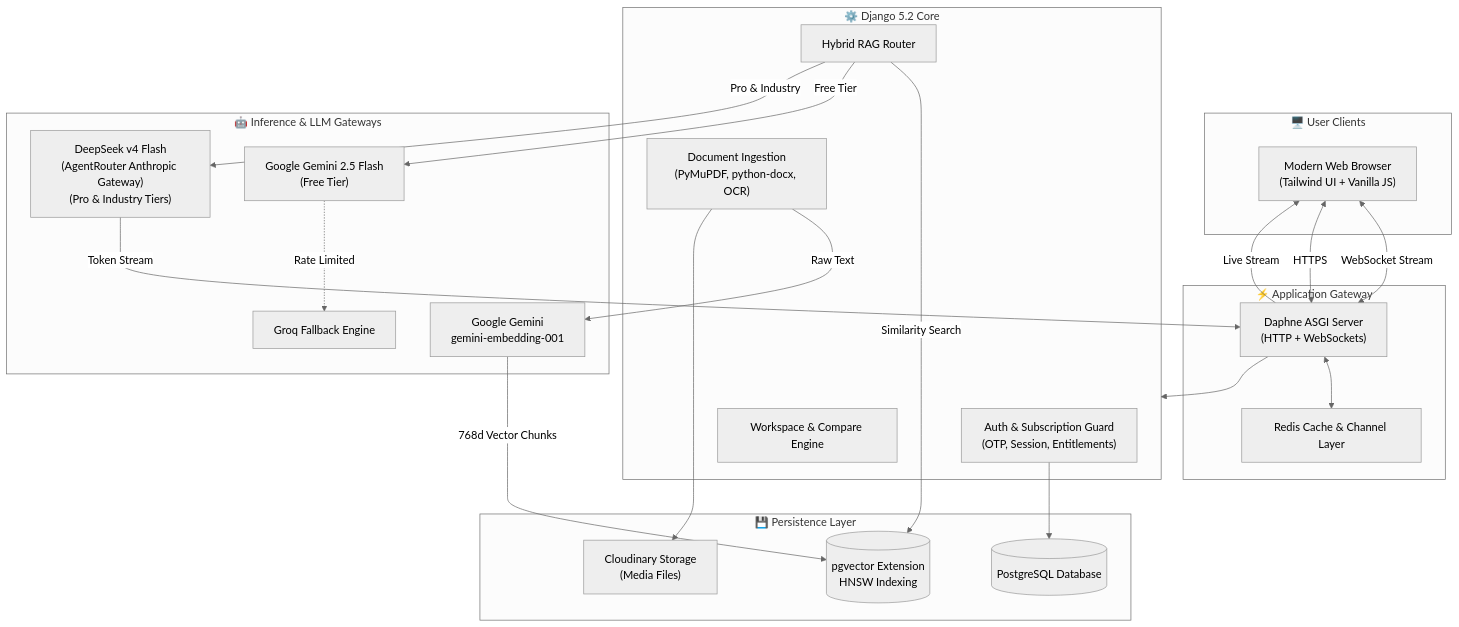
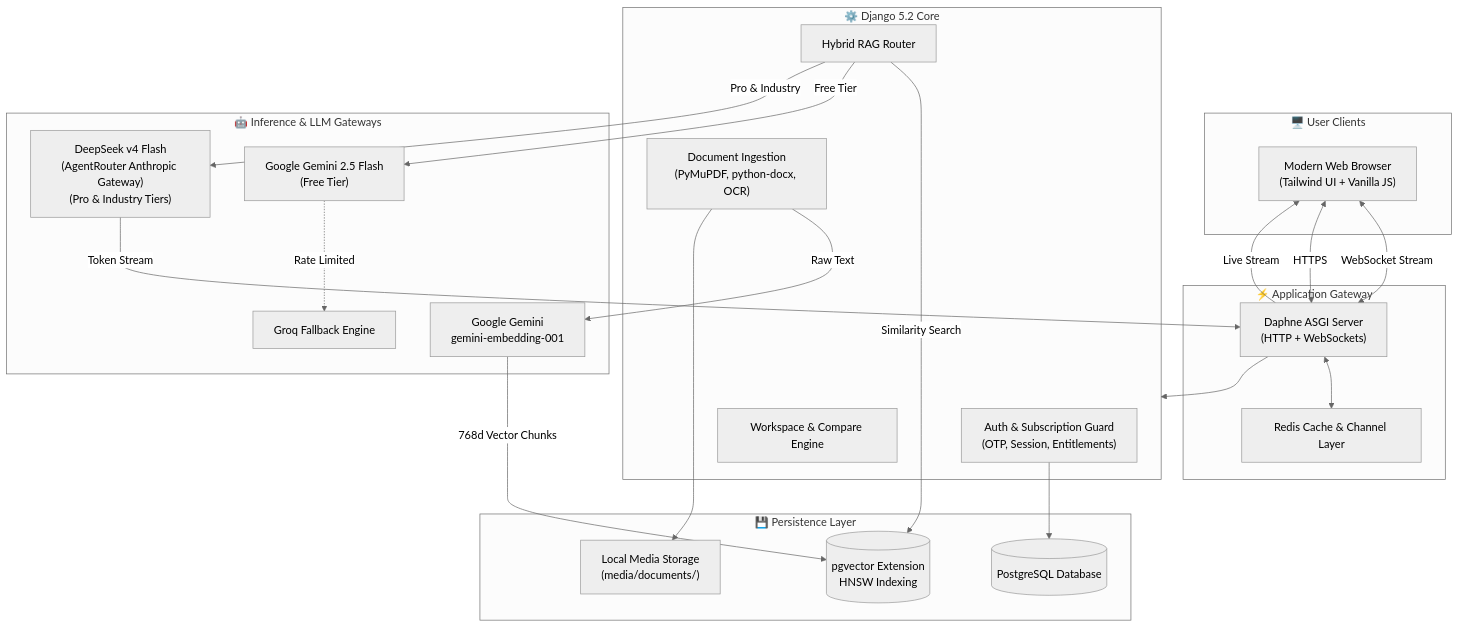
Before and after one commit to NikhilAmbure/InsightDocs_AI: the diagram in README.md, drawn with Mermaid (neutral theme). The commit also changed other lines of this file and 1 other file, not shown here.

````diff
--- a/README.md
+++ b/README.md
@@ -64,48 +64,48 @@
 ```mermaid
 flowchart TD
     subgraph Client["🖥️ User Clients"]
         Browser["Modern Web Browser<br/>(Tailwind UI + Vanilla JS)"]
     end
 
     subgraph Gateway["⚡ Application Gateway"]
         Daphne["Daphne ASGI Server<br/>(HTTP + WebSockets)"]
         Redis["Redis Cache & Channel Layer"]
     end
 
     subgraph Core["⚙️ Django 5.2 Core"]
         Auth["Auth & Subscription Guard<br/>(OTP, Session, Entitlements)"]
         DocIngest["Document Ingestion<br/>(PyMuPDF, python-docx, OCR)"]
         Workspaces["Workspace & Compare Engine"]
         RAGRouter["Hybrid RAG Router"]
     end
 
     subgraph Storage["💾 Persistence Layer"]
         PG[("PostgreSQL Database")]
         PGVector[("pgvector Extension<br/>HNSW Indexing")]
-        Cloudinary["Cloudinary Storage<br/>(Media Files)"]
+        LocalStorage["Local Media Storage<br/>(media/documents/)"]
     end
 
     subgraph AI["🤖 Inference & LLM Gateways"]
         GeminiEmbed["Google Gemini<br/>gemini-embedding-001"]
         GeminiFlash["Google Gemini 2.5 Flash<br/>(Free Tier)"]
         GroqFallback["Groq Fallback Engine"]
         DeepSeek["DeepSeek v4 Flash<br/>(AgentRouter Anthropic Gateway)<br/>(Pro & Industry Tiers)"]
     end
 
     Browser <-->|WebSocket Stream| Daphne
     Browser <-->|HTTPS| Daphne
     Daphne <--> Redis
     Daphne --> Core
 
     DocIngest -->|Raw Text| GeminiEmbed
     GeminiEmbed -->|768d Vector Chunks| PGVector
-    DocIngest --> Cloudinary
+    DocIngest --> LocalStorage
     Auth --> PG
 
     RAGRouter -->|Similarity Search| PGVector
     RAGRouter -->|Free Tier| GeminiFlash
     GeminiFlash -.->|Rate Limited| GroqFallback
     RAGRouter -->|Pro & Industry| DeepSeek
     DeepSeek -->|Token Stream| Daphne
     Daphne -->|Live Stream| Browser
 ```
````
